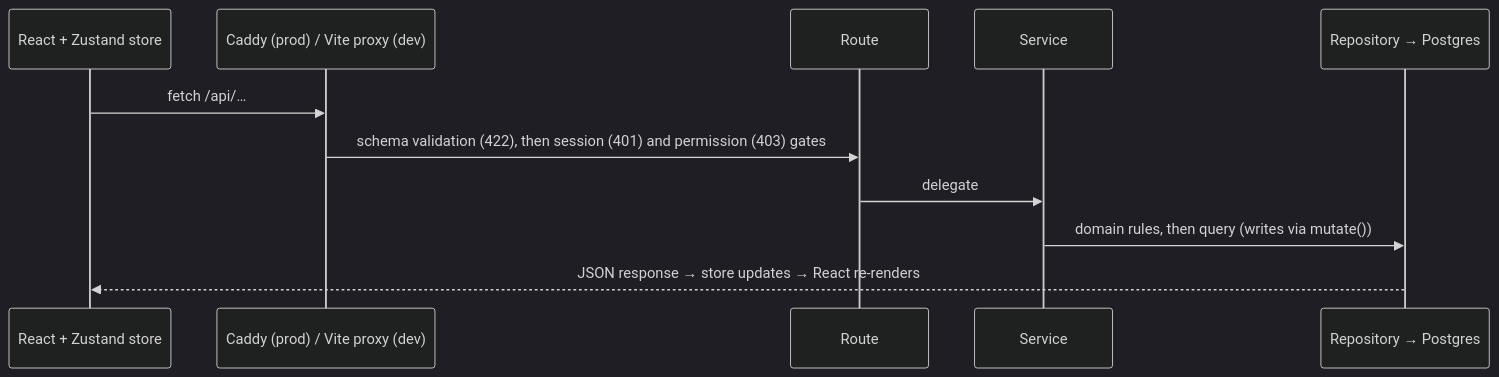
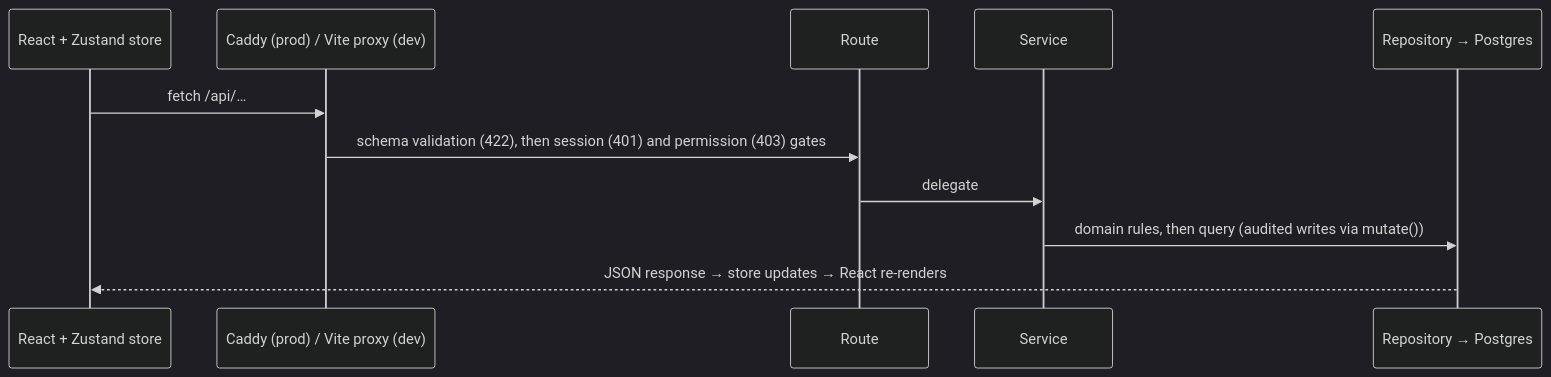
The first of 5 diagrams in ARCHITECTURE.md (Projekt-Manager-Org/Projekt-Manager), drawn with Mermaid (dark theme) before and after one commit. The commit also changed other lines of this file and 1 other file, not shown here.

First line of the commit message:
docs(architecture): apply review findings on the block rewrites

````diff
--- a/ARCHITECTURE.md
+++ b/ARCHITECTURE.md
@@ -229,13 +230,13 @@
 ```mermaid
 sequenceDiagram
   participant U as React + Zustand store
   participant P as Caddy (prod) / Vite proxy (dev)
   participant R as Route
   participant S as Service
   participant D as Repository → Postgres
   U->>P: fetch /api/…
   P->>R: schema validation (422), then session (401) and permission (403) gates
   R->>S: delegate
-  S->>D: domain rules, then query (writes via mutate())
+  S->>D: domain rules, then query (audited writes via mutate())
   D-->>U: JSON response → store updates → React re-renders
 ```
````
